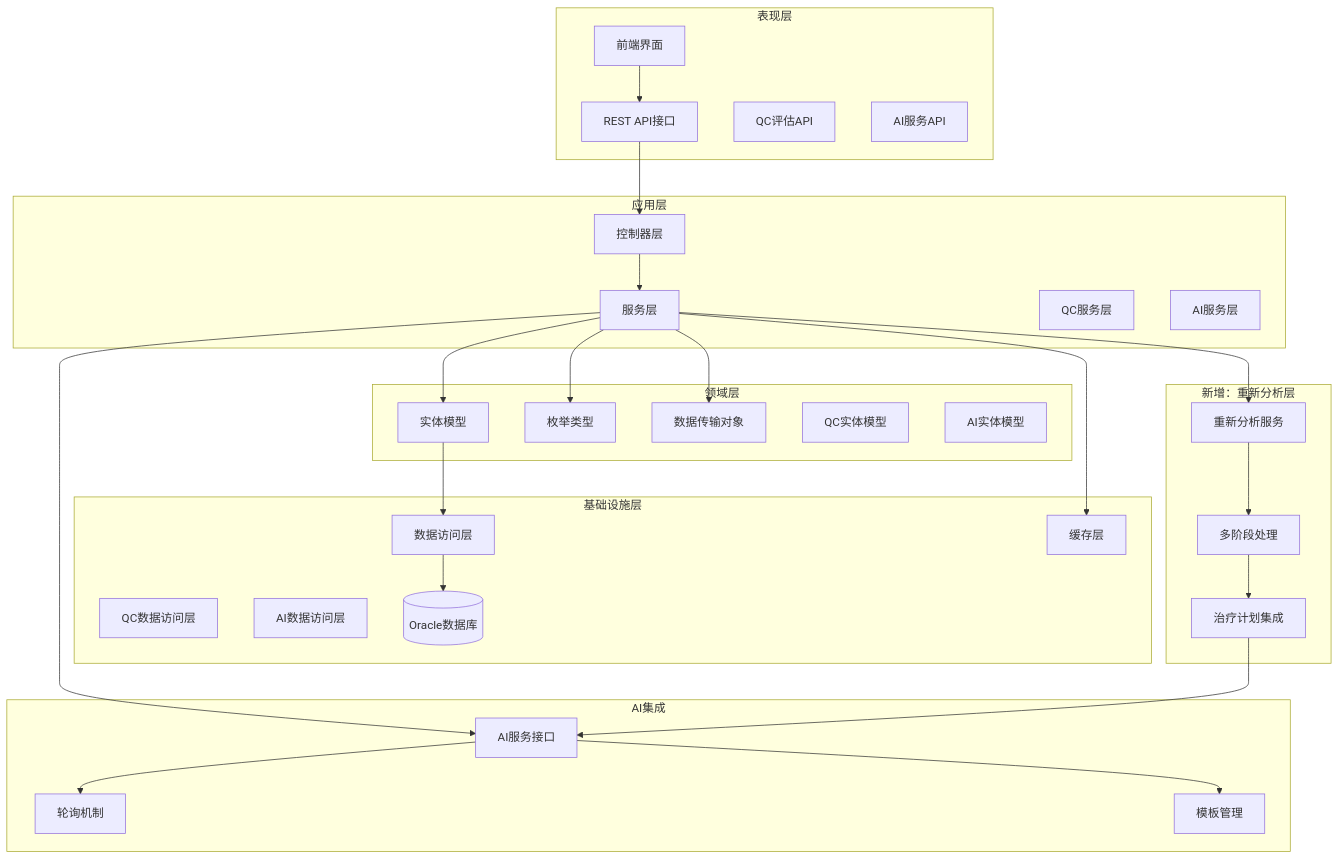
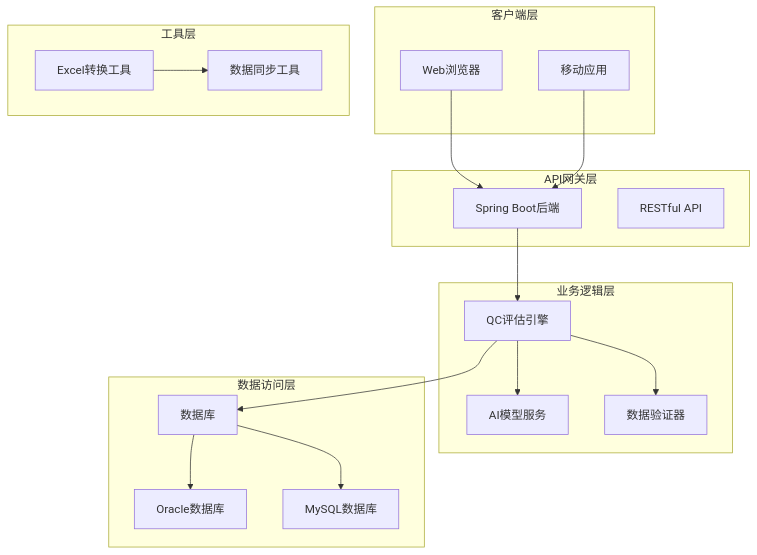
Before and after one commit to liuzh2008/med_ai_assistant_workspace: the second of 6 diagrams in .qoder/repowiki/zh/content/QC评估引擎.md, drawn with Mermaid. The commit also changed other lines of this file and 5 other files, not shown here.

````diff
--- a/.qoder/repowiki/zh/content/QC评估引擎.md
+++ b/.qoder/repowiki/zh/content/QC评估引擎.md
@@ -163,55 +108,34 @@
 ```mermaid
 graph TB
-subgraph "表现层"
-UI[前端界面]
-API[REST API接口]
-QC_API[QC评估API]
-AI_API[AI服务API]
+subgraph "客户端层"
+A[Web浏览器]
+B[移动应用]
 end
-subgraph "应用层"
-CTRL[控制器层]
-SVC[服务层]
-QC_SVC[QC服务层]
-AI_SVC[AI服务层]
+subgraph "API网关层"
+C[Spring Boot后端]
+D[RESTful API]
 end
-subgraph "领域层"
-MODEL[实体模型]
-ENUM[枚举类型]
-DTO[数据传输对象]
-QC_MODEL[QC实体模型]
-AI_MODEL[AI实体模型]
+subgraph "业务逻辑层"
+E[QC评估引擎]
+F[AI模型服务]
+G[数据验证器]
 end
-subgraph "基础设施层"
-REPO[数据访问层]
-QC_REPO[QC数据访问层]
-AI_REPO[AI数据访问层]
-DB[(Oracle数据库)]
-CACHE[缓存层]
+subgraph "数据访问层"
+H[数据库]
+I[Oracle数据库]
+J[MySQL数据库]
 end
-UI --> API
-API --> CTRL
-CTRL --> SVC
-SVC --> MODEL
-SVC --> ENUM
-SVC --> DTO
-MODEL --> REPO
-REPO --> DB
-SVC --> CACHE
-subgraph "AI集成"
-AI[AI服务接口]
-POLL[轮询机制]
-TEMPLATE[模板管理]
+subgraph "工具层"
+K[Excel转换工具]
+L[数据同步工具]
 end
-SVC --> AI
-AI --> POLL
-AI --> TEMPLATE
-subgraph "新增：重新分析层"
-REANALYZE[重新分析服务]
-MULTISTAGE[多阶段处理]
-TREATMENT_INTEGRATION[治疗计划集成]
-end
-SVC --> REANALYZE
-REANALYZE --> MULTISTAGE
-MULTISTAGE --> TREATMENT_INTEGRATION
-TREATMENT_INTEGRATION --> AI
+A --> C
+B --> C
+C --> E
+E --> F
+E --> G
+E --> H
+H --> I
+H --> J
+K --> L
 ```
````
